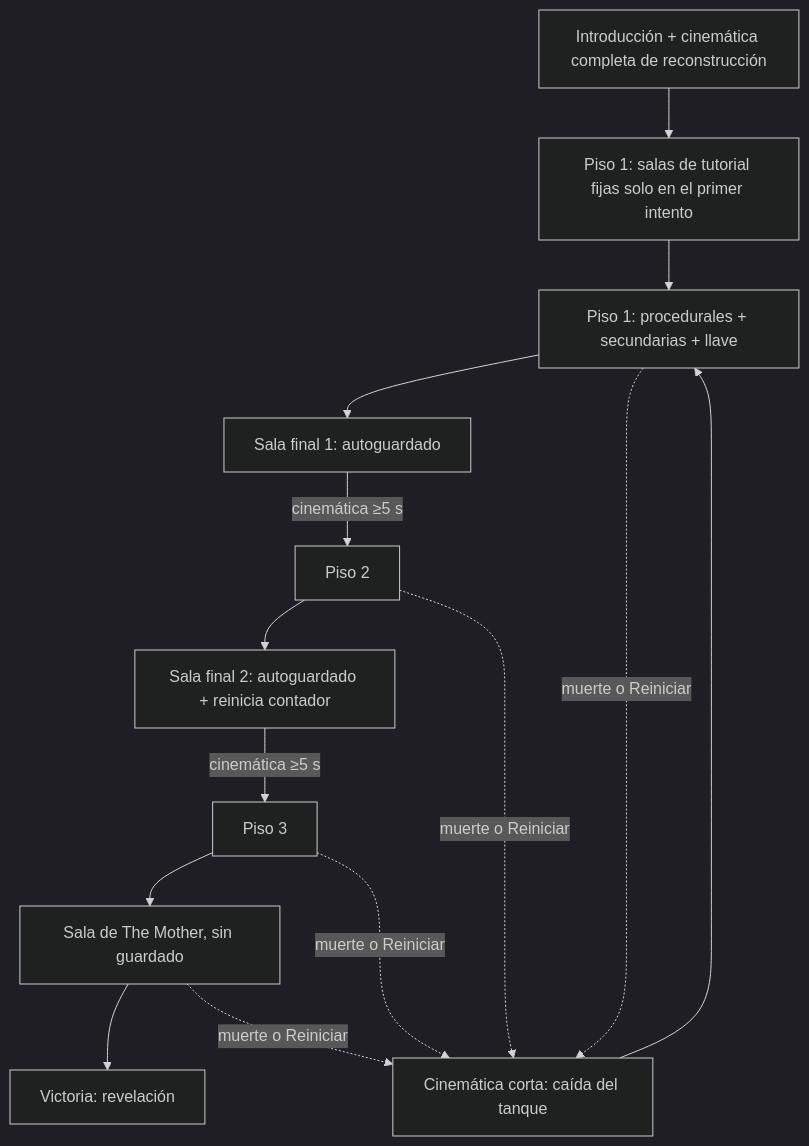
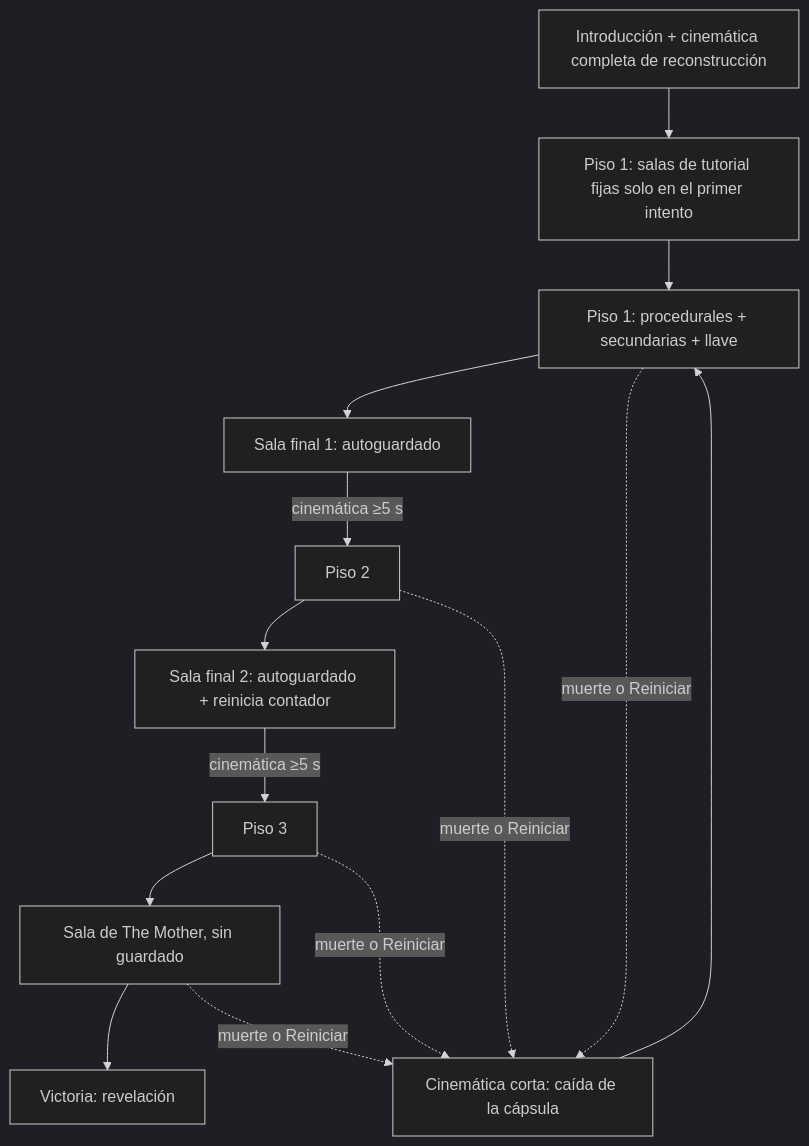
Before and after one commit to ChristianC720/survivalHorror-Demo: the second of 2 diagrams in GDD/02 - Diseño/02 - Mecánicas.md, drawn with Mermaid (dark theme). The commit also changed other lines of this file and 19 other files, not shown here.

````diff
--- a/GDD/02 - Diseño/02 - Mecánicas.md
+++ b/GDD/02 - Diseño/02 - Mecánicas.md
@@ -767,12 +774,12 @@
 ```mermaid
 flowchart TD
     I[Introducción + cinemática completa de reconstrucción] --> T[Piso 1: salas de tutorial fijas solo en el primer intento]
     T --> P1[Piso 1: procedurales + secundarias + llave]
     P1 --> F1[Sala final 1: autoguardado]
     F1 -->|cinemática ≥5 s| P2[Piso 2]
     P2 --> F2[Sala final 2: autoguardado + reinicia contador]
     F2 -->|cinemática ≥5 s| P3[Piso 3]
     P3 --> B[Sala de The Mother, sin guardado]
     B --> V[Victoria: revelación]
-    P1 & P2 & P3 & B -. muerte o Reiniciar .-> R[Cinemática corta: caída del tanque] --> P1
+    P1 & P2 & P3 & B -. muerte o Reiniciar .-> R[Cinemática corta: caída de la cápsula] --> P1
 ```
````
